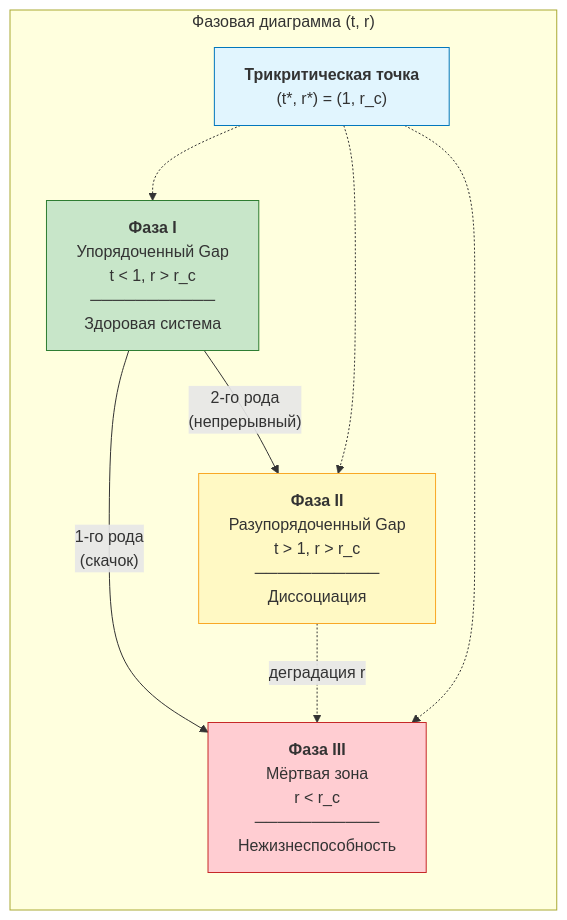
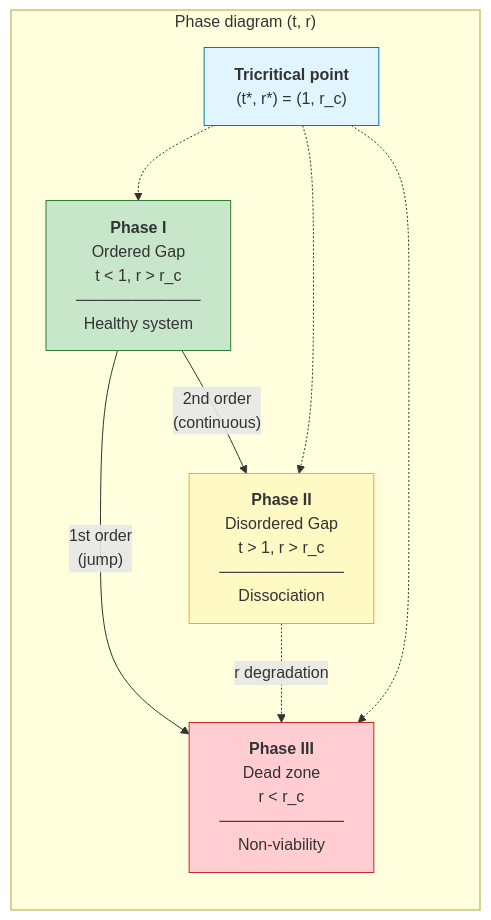
The first of 2 diagrams in website/docs/applied/coherence-cybernetics/phase-diagram-cc.md (uhm-theory/holon), drawn with Mermaid before and after one commit. The commit also changed other lines of this file and 28 other files, not shown here.

````diff
--- a/website/docs/applied/coherence-cybernetics/phase-diagram-cc.md
+++ b/website/docs/applied/coherence-cybernetics/phase-diagram-cc.md
@@ -153,22 +153,22 @@
 ```mermaid
 graph LR
-    subgraph "Фазовая диаграмма (t, r)"
+    subgraph "Phase diagram (t, r)"
         direction TB
-        P1["<b>Фаза I</b><br/>Упорядоченный Gap<br/>t < 1, r > r_c<br/>───────────<br/>Здоровая система"]
-        P2["<b>Фаза II</b><br/>Разупорядоченный Gap<br/>t > 1, r > r_c<br/>───────────<br/>Диссоциация"]
-        P3["<b>Фаза III</b><br/>Мёртвая зона<br/>r < r_c<br/>───────────<br/>Нежизнеспособность"]
-        TC["<b>Трикритическая точка</b><br/>(t*, r*) = (1, r_c)"]
+        P1["<b>Phase I</b><br/>Ordered Gap<br/>t < 1, r > r_c<br/>───────────<br/>Healthy system"]
+        P2["<b>Phase II</b><br/>Disordered Gap<br/>t > 1, r > r_c<br/>───────────<br/>Dissociation"]
+        P3["<b>Phase III</b><br/>Dead zone<br/>r < r_c<br/>───────────<br/>Non-viability"]
+        TC["<b>Tricritical point</b><br/>(t*, r*) = (1, r_c)"]
 
-        P1 -->|"2-го рода<br/>(непрерывный)"| P2
-        P1 -->|"1-го рода<br/>(скачок)"| P3
-        P2 -.->|"деградация r"| P3
+        P1 -->|"2nd order<br/>(continuous)"| P2
+        P1 -->|"1st order<br/>(jump)"| P3
+        P2 -.->|"r degradation"| P3
         TC -.-> P1
         TC -.-> P2
         TC -.-> P3
     end
 
     style P1 fill:#c8e6c9,stroke:#2e7d32
     style P2 fill:#fff9c4,stroke:#f9a825
     style P3 fill:#ffcdd2,stroke:#c62828
     style TC fill:#e1f5fe,stroke:#0277bd
 ```
````
